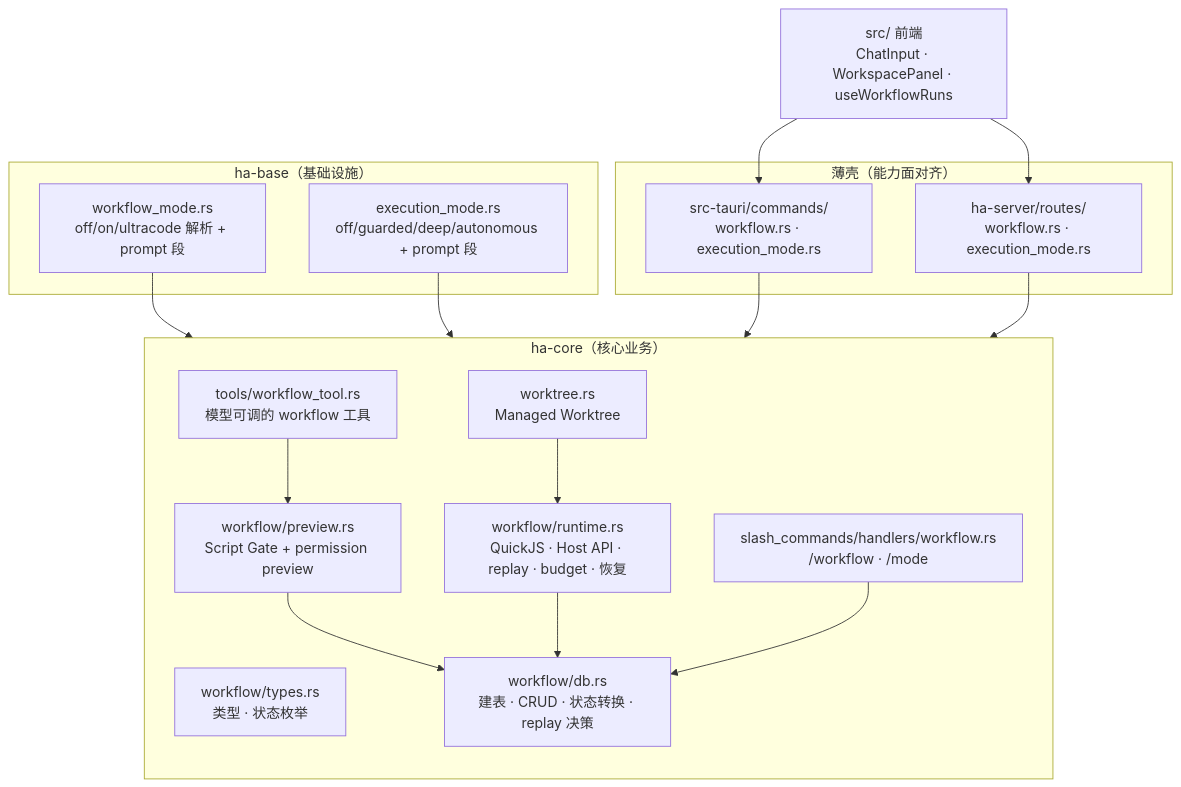
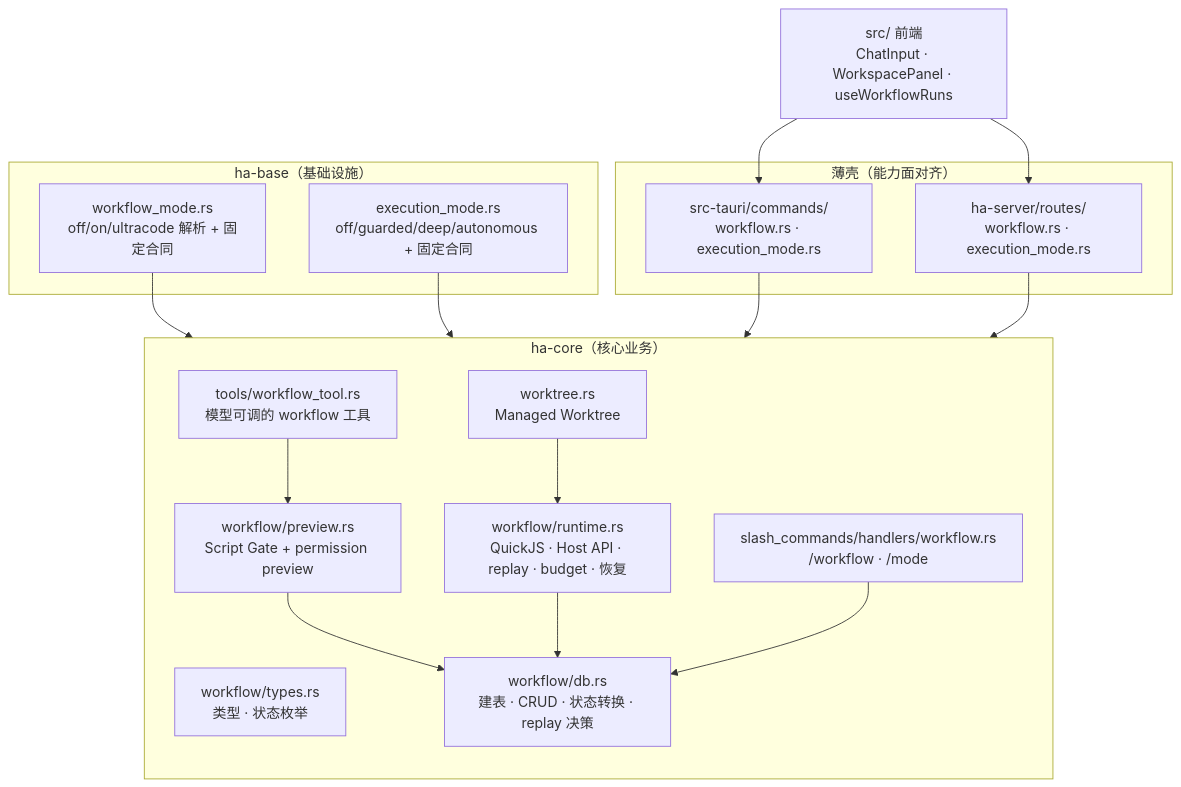
One commit to shiwenwen/hope-agent changed the second of 6 diagrams in docs/architecture/agent/workflow.md. Above: the diagram before and after it, drawn with Mermaid. The commit also changed other lines of this file and 196 other files, not shown here.

````diff
--- a/docs/architecture/agent/workflow.md
+++ b/docs/architecture/agent/workflow.md
@@ -71,37 +71,37 @@
 ```mermaid
 flowchart TB
     subgraph kernel["ha-core（核心业务）"]
         direction TB
         TYPES["workflow/types.rs<br/>类型 · 状态枚举"]
         DB["workflow/db.rs<br/>建表 · CRUD · 状态转换 · replay 决策"]
         PREVIEW["workflow/preview.rs<br/>Script Gate + permission preview"]
         RUNTIME["workflow/runtime.rs<br/>QuickJS · Host API · replay · budget · 恢复"]
         TOOL["tools/workflow_tool.rs<br/>模型可调的 workflow 工具"]
         WT["worktree.rs<br/>Managed Worktree"]
         SLASH["slash_commands/handlers/workflow.rs<br/>/workflow · /mode"]
     end
 
     subgraph base["ha-base（基础设施）"]
-        WMODE["workflow_mode.rs<br/>off/on/ultracode 解析 + prompt 段"]
-        EMODE["execution_mode.rs<br/>off/guarded/deep/autonomous + prompt 段"]
+        WMODE["workflow_mode.rs<br/>off/on/ultracode 解析 + 固定合同"]
+        EMODE["execution_mode.rs<br/>off/guarded/deep/autonomous + 固定合同"]
     end
 
     subgraph shells["薄壳（能力面对齐）"]
         TAURI["src-tauri/commands/<br/>workflow.rs · execution_mode.rs"]
         HTTP["ha-server/routes/<br/>workflow.rs · execution_mode.rs"]
     end
 
     GUI["src/ 前端<br/>ChatInput · WorkspacePanel · useWorkflowRuns"]
 
     WMODE --> TOOL
     EMODE --> RUNTIME
     TOOL --> PREVIEW
     PREVIEW --> DB
     RUNTIME --> DB
     WT --> RUNTIME
     TAURI --> DB
     HTTP --> DB
     SLASH --> DB
     GUI --> TAURI
     GUI --> HTTP
 ```
````
